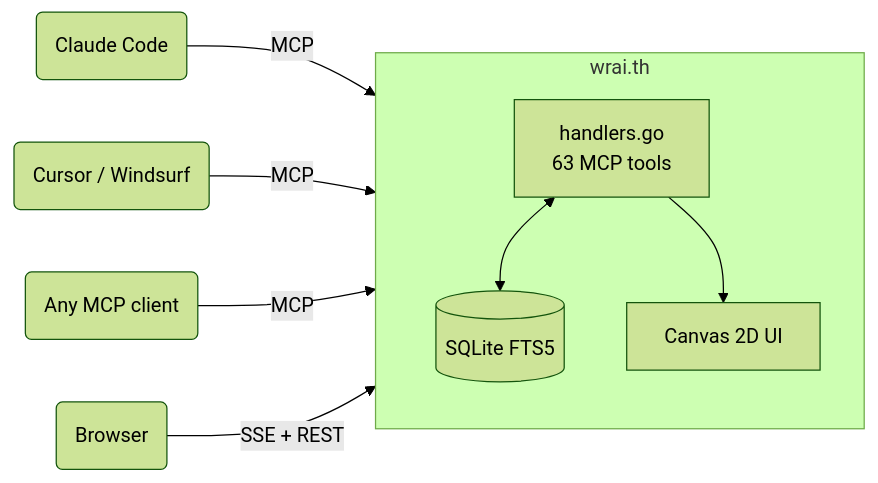
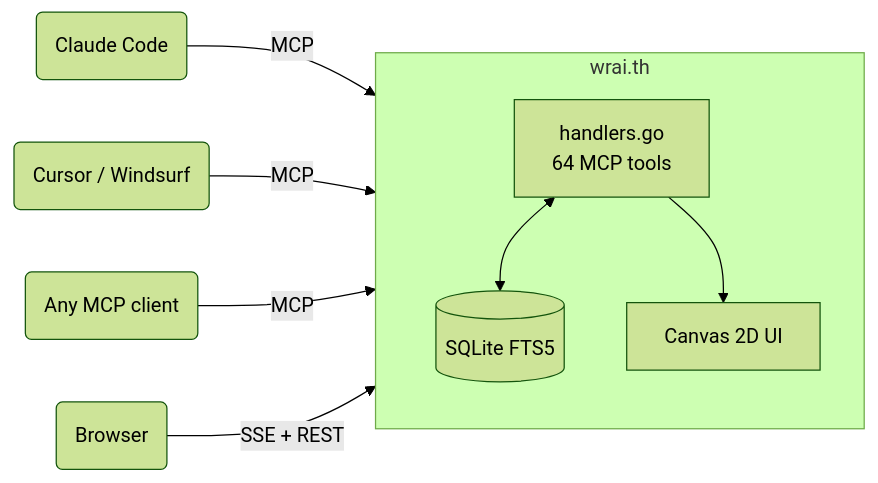
One commit to Synergix-lab/WRAI.TH changed the diagram in README.md. Above: the diagram before and after it, drawn with Mermaid (forest theme). The commit also changed other lines of this file and 22 other files, not shown here.

````diff
--- a/README.md
+++ b/README.md
@@ -1016,15 +1019,15 @@
 ```mermaid
 flowchart LR
     A1(Claude Code) -->|MCP| R
     A2(Cursor / Windsurf) -->|MCP| R
     A3(Any MCP client) -->|MCP| R
     B(Browser) -->|SSE + REST| R
 
     subgraph R[wrai.th]
-        H[handlers.go<br>63 MCP tools]
+        H[handlers.go<br>64 MCP tools]
         DB[(SQLite FTS5)]
         UI[Canvas 2D UI]
         H <--> DB
         H --> UI
     end
 ```
````
